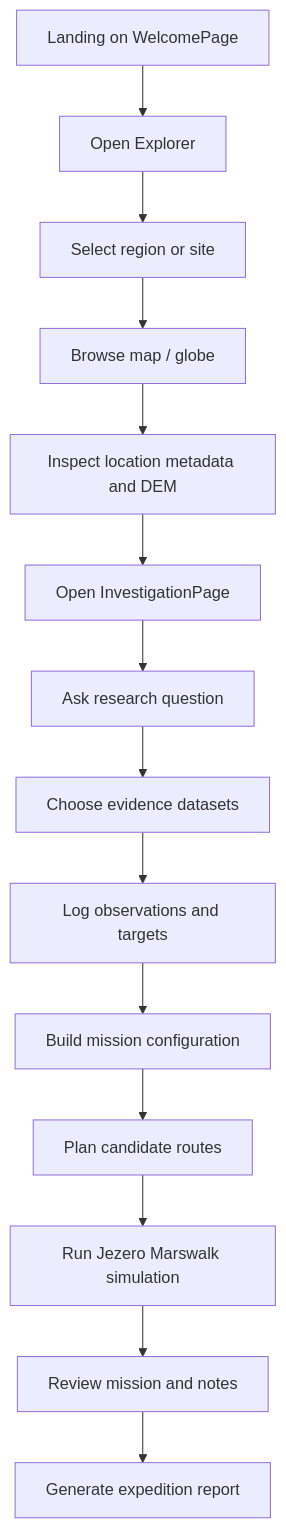
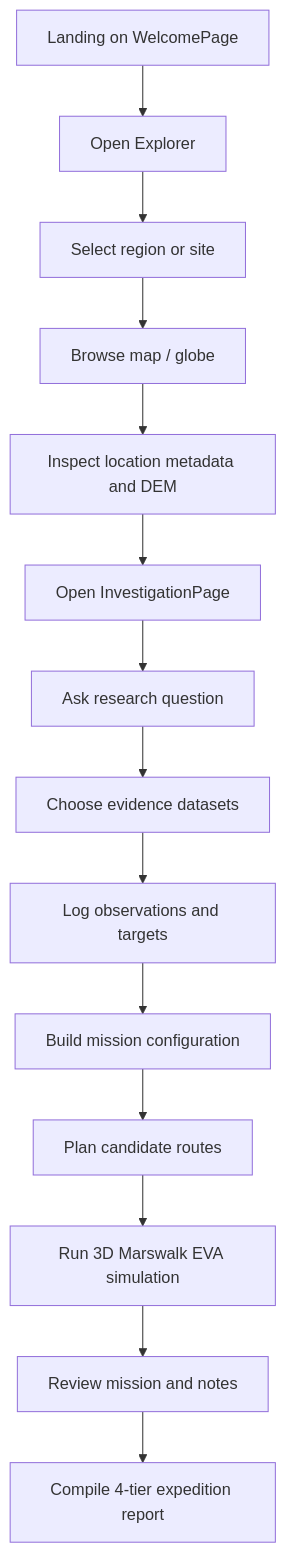
The second of 2 diagrams in ARCHITECTURE.md (philip-euste/NASA-Martian-Map), drawn with Mermaid before and after one commit. The commit also changed other lines of this file and 23 other files, not shown here.

````diff
--- a/ARCHITECTURE.md
+++ b/ARCHITECTURE.md
@@ -609,16 +608,16 @@
 ```mermaid
 flowchart TD
     A[Landing on WelcomePage] --> B[Open Explorer]
     B --> C[Select region or site]
     C --> D[Browse map / globe]
     D --> E[Inspect location metadata and DEM]
     E --> F[Open InvestigationPage]
     F --> G[Ask research question]
     G --> H[Choose evidence datasets]
     H --> I[Log observations and targets]
     I --> J[Build mission configuration]
     J --> K[Plan candidate routes]
-    K --> L[Run Jezero Marswalk simulation]
+    K --> L[Run 3D Marswalk EVA simulation]
     L --> M[Review mission and notes]
-    M --> N[Generate expedition report]
+    M --> N[Compile 4-tier expedition report]
 ```
````
